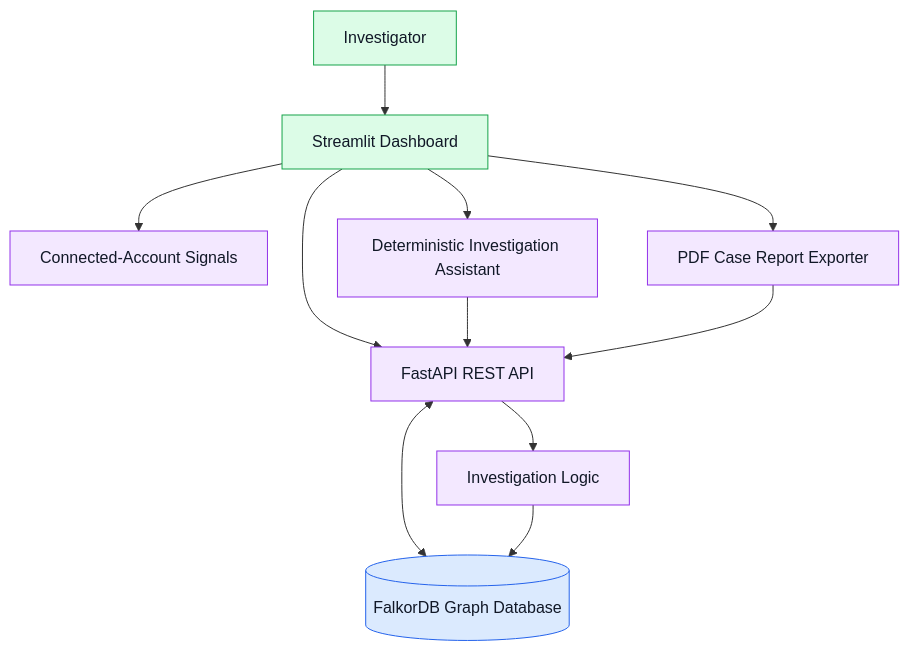
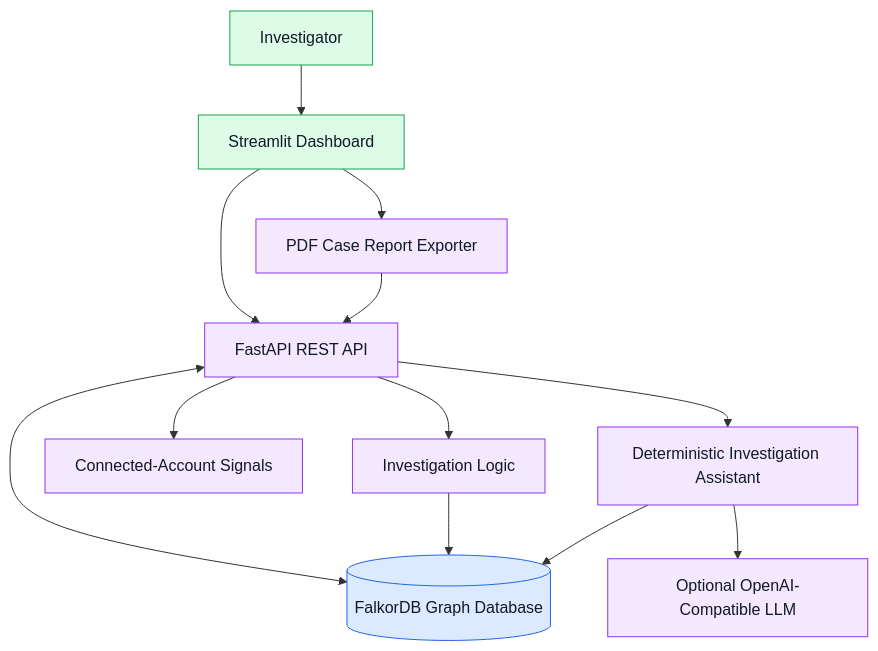
Before and after one commit to gagan-gag/FraudTrace-AI: the first of 2 diagrams in README.md, drawn with Mermaid. The commit also changed other lines of this file and 7 other files, not shown here.

````diff
--- a/README.md
+++ b/README.md
@@ -130,30 +133,32 @@
 ```mermaid
 flowchart TD
     USER["Investigator"]
     UI["Streamlit Dashboard"]
     API["FastAPI REST API"]
     DB[("FalkorDB Graph Database")]
     INV["Investigation Logic"]
     SIGNALS["Connected-Account Signals"]
     ASSISTANT["Deterministic Investigation Assistant"]
     REPORT["PDF Case Report Exporter"]
+    LLM["Optional OpenAI-Compatible LLM"]
 
     USER --> UI
     UI --> API
     API <--> DB
     API --> INV
     INV --> DB
-    UI --> SIGNALS
-    UI --> ASSISTANT
-    ASSISTANT --> API
+    API --> SIGNALS
+    API --> ASSISTANT
+    ASSISTANT --> DB
+    ASSISTANT --> LLM
     UI --> REPORT
     REPORT --> API
 
     classDef interface fill:#dcfce7,stroke:#16a34a,color:#111827
     classDef database fill:#dbeafe,stroke:#2563eb,color:#111827
     classDef processing fill:#f3e8ff,stroke:#9333ea,color:#111827
 
     class USER,UI interface
     class DB database
-    class API,INV,SIGNALS,ASSISTANT,REPORT processing
+    class API,INV,SIGNALS,ASSISTANT,REPORT,LLM processing
 ```
````
